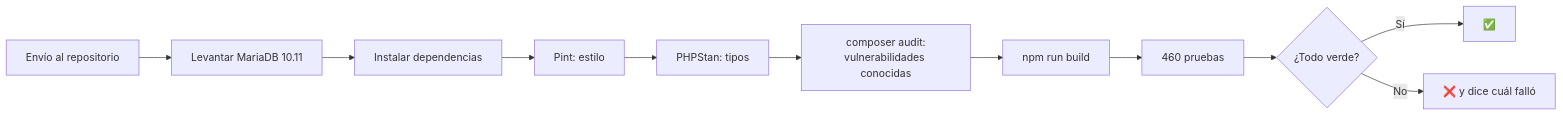
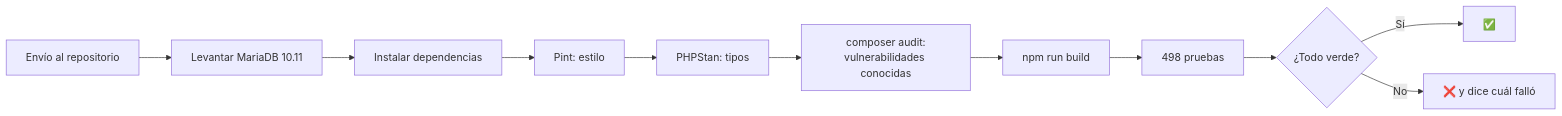
Before and after one commit to 75220834-cloud/PROYECTO-TALLER-DE-INV.-1: the second of 2 diagrams in docs/tecnica/12-pruebas-y-calidad.md, drawn with Mermaid. The commit also changed other lines of this file and 47 other files, not shown here.

````diff
--- a/docs/tecnica/12-pruebas-y-calidad.md
+++ b/docs/tecnica/12-pruebas-y-calidad.md
@@ -221,13 +221,13 @@
 ```mermaid
 flowchart LR
     A[Envío al repositorio] --> B[Levantar MariaDB 10.11]
     B --> C[Instalar dependencias]
     C --> D[Pint: estilo]
     D --> E[PHPStan: tipos]
     E --> F[composer audit:<br/>vulnerabilidades conocidas]
     F --> G[npm run build]
-    G --> H[460 pruebas]
+    G --> H[498 pruebas]
     H --> I{¿Todo verde?}
     I -->|Sí| J[✅]
     I -->|No| K[❌ y dice cuál falló]
 ```
````
